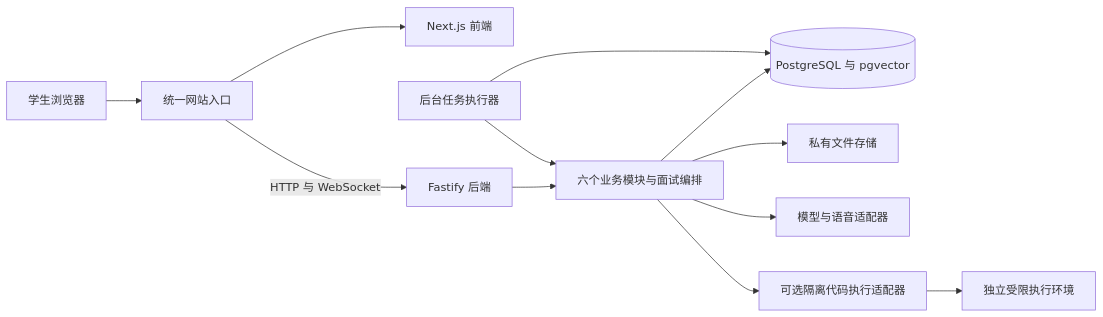
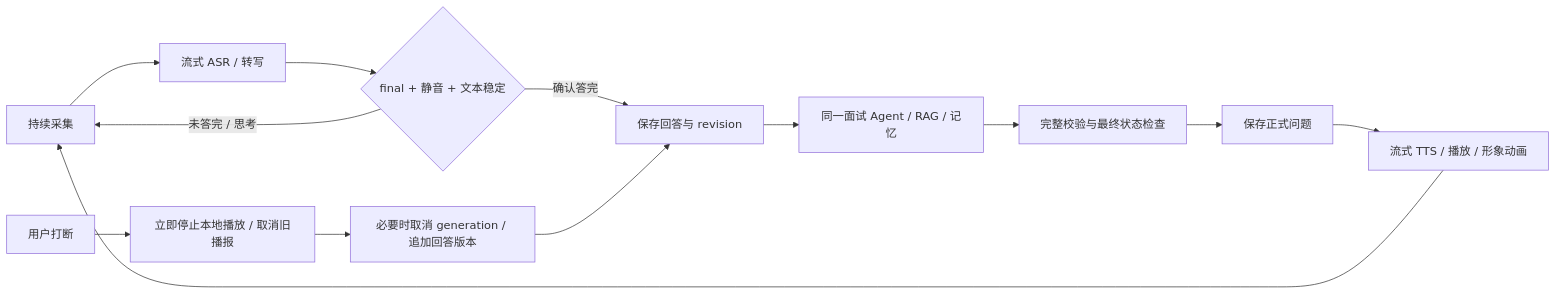
Before and after one commit to hcxlwxlwj/InterviewLab: the third of 3 diagrams in docs/software/architecture.md, drawn with Mermaid. The commit also changed other lines of this file, not shown here.

Commit message:
docs: document six-layer architecture and horizontal components

````diff
--- a/docs/software/architecture.md
+++ b/docs/software/architecture.md
@@ -15,14 +318,15 @@
 ```mermaid
 flowchart LR
-    U[学生浏览器] --> E[统一网站入口]
-    E --> W[Next.js 前端]
-    E -->|HTTP 与 WebSocket| A[Fastify 后端]
-    A --> M[六个业务模块与面试编排]
-    M --> D[(PostgreSQL 与 pgvector)]
-    M --> F[私有文件存储]
-    M --> P[模型与语音适配器]
-    J[后台任务执行器] --> M
-    J --> D
-    M --> C[可选隔离代码执行适配器]
-    C --> X[独立受限执行环境]
+    MIC[持续采集] --> ASR[流式 ASR / 转写]
+    ASR --> ENDPOINT{final + 静音 + 文本稳定}
+    ENDPOINT -->|未答完 / 思考| MIC
+    ENDPOINT -->|确认答完| SAVE[保存回答与 revision]
+    SAVE --> AG[同一面试 Agent / RAG / 记忆]
+    AG --> CHECK[完整校验与最终状态检查]
+    CHECK --> COMMIT[保存正式问题]
+    COMMIT --> TTS[流式 TTS / 播放 / 形象动画]
+    TTS --> MIC
+    INT[用户打断] --> STOP[立即停止本地播放 / 取消旧播报]
+    STOP --> ADD[必要时取消 generation / 追加回答版本]
+    ADD --> SAVE
 ```
````
